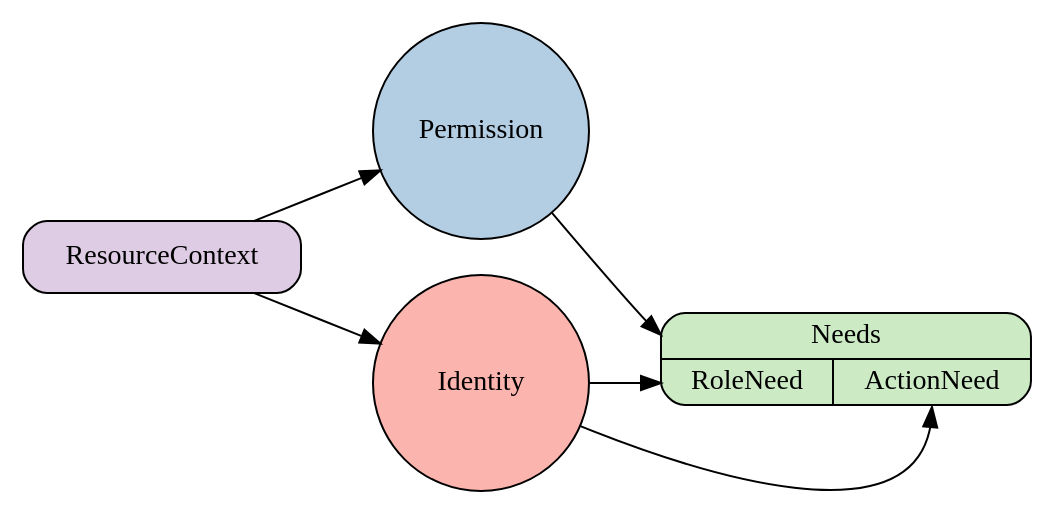
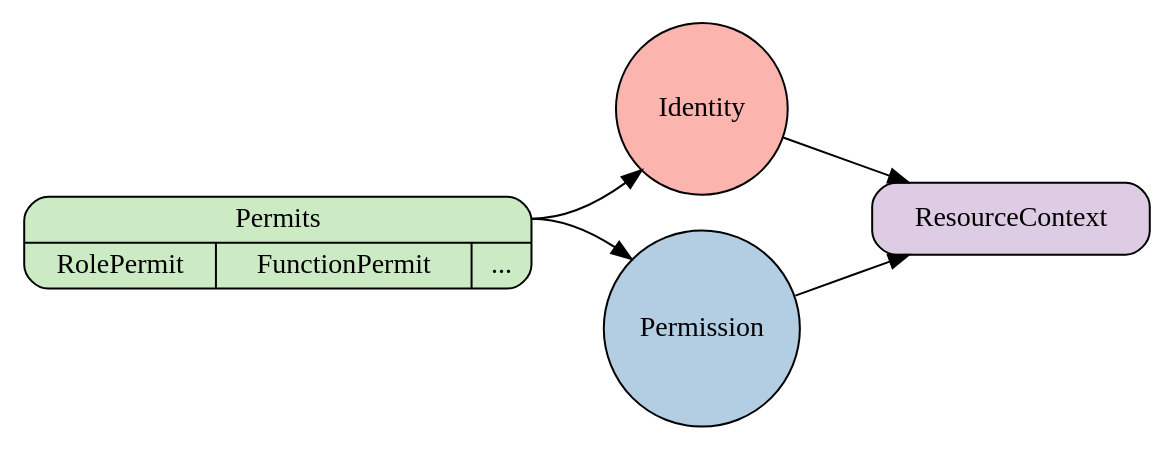
The diagram in docs/index.rst (fdemmer/flask-principal), drawn with Graphviz before and after one commit. The commit also changed other lines of this file and 2 other files, not shown here.

```diff
--- a/docs/index.rst
+++ b/docs/index.rst
@@ -56,18 +60,17 @@
 .. graphviz::
 
 
     digraph g {
         rankdir="LR" ;
         node [ colorscheme="pastel19" ];
         fixedsize = "true" ;
-        i [label="Identity", shape="circle" style="filled" width="1.5", fillcolor="1"] ;
-        p [label="Permission", shape="circle" style="filled" width="1.5" fillcolor="2"] ;
-        n [label="<all> Needs|{<n1>RoleNeed|<n2>ActionNeed}", shape="Mrecord" style="filled" fillcolor="3"] ;
+        i [label="Identity", shape="circle" style="filled" width="1.2", fillcolor="1"] ;
+        p [label="Permission", shape="circle" style="filled" width="1.2" fillcolor="2"] ;
+        n [label="<all>Permits|{<n1>RolePermit|<n2>FunctionPermit|<n3>...}", shape="Mrecord" style="filled" fillcolor="3"] ;
         c [label="ResourceContext", shape="box" style="filled,rounded" fillcolor="4"] ;
-        p -> n:all ;
-        c -> i ;
-        c -> p ;
-        i -> n:n1 ;
-        i -> n:n2 ;
+        i -> c ;
+        p -> c ;
+        n:all -> p ;
+        n:all -> i ;
 
     }
```
